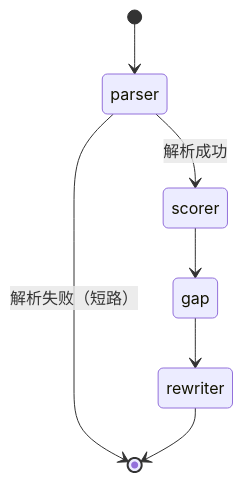
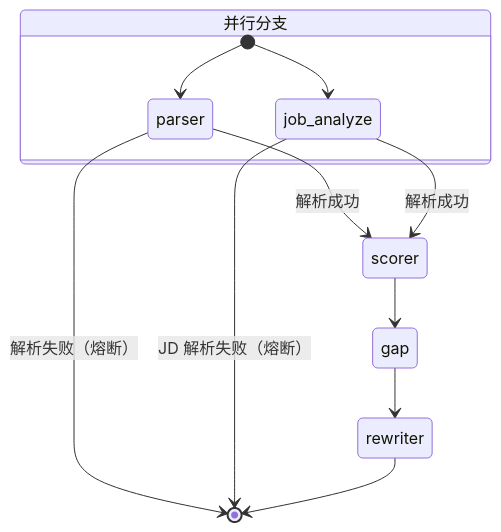
One commit to xuyi19/resumatch-ai changed the fourth of 5 diagrams in docs/ResuMatch-AI-技术说明文档.md. Above: the diagram before and after it, drawn with Mermaid. The commit also changed other lines of this file and 4 other files, not shown here.

````diff
--- a/docs/ResuMatch-AI-技术说明文档.md
+++ b/docs/ResuMatch-AI-技术说明文档.md
@@ -451,9 +421,14 @@
 ```mermaid
 stateDiagram-v2
-    [*] --> parser
+    state "并行分支" as par {
+        [*] --> parser
+        [*] --> job_analyze
+    }
     parser --> scorer: 解析成功
-    parser --> [*]: 解析失败（短路）
+    job_analyze --> scorer: 解析成功
+    parser --> [*]: 解析失败（熔断）
+    job_analyze --> [*]: JD 解析失败（熔断）
     scorer --> gap
     gap --> rewriter
     rewriter --> [*]
 ```
````
